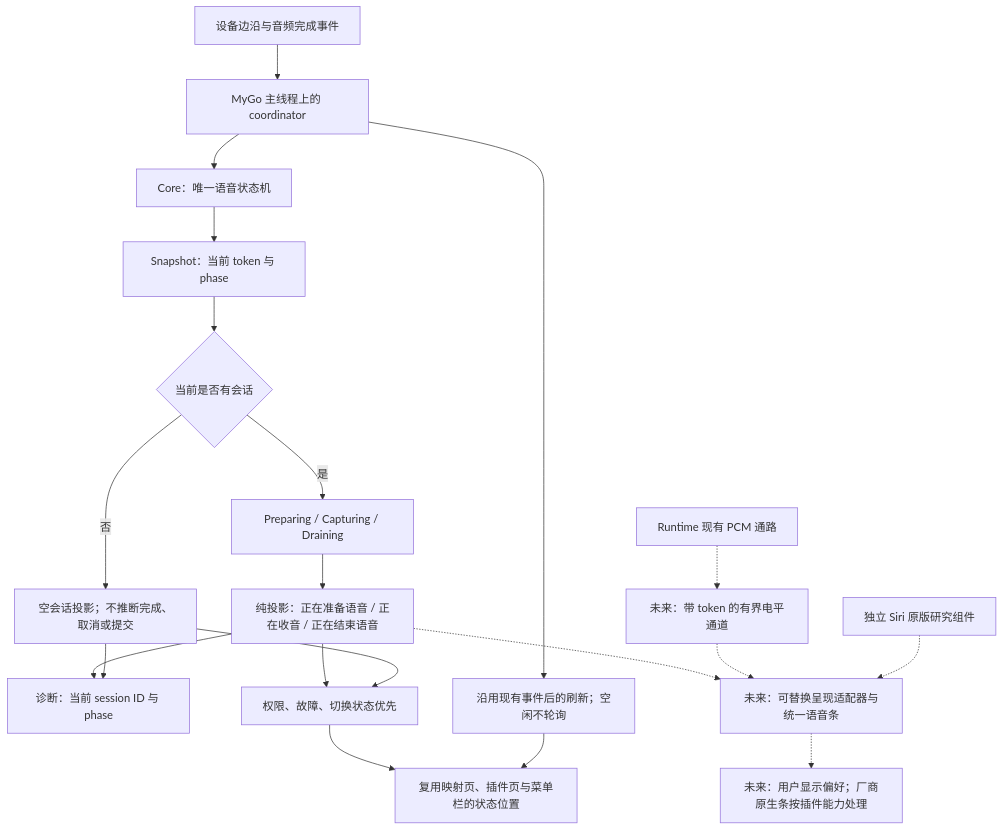
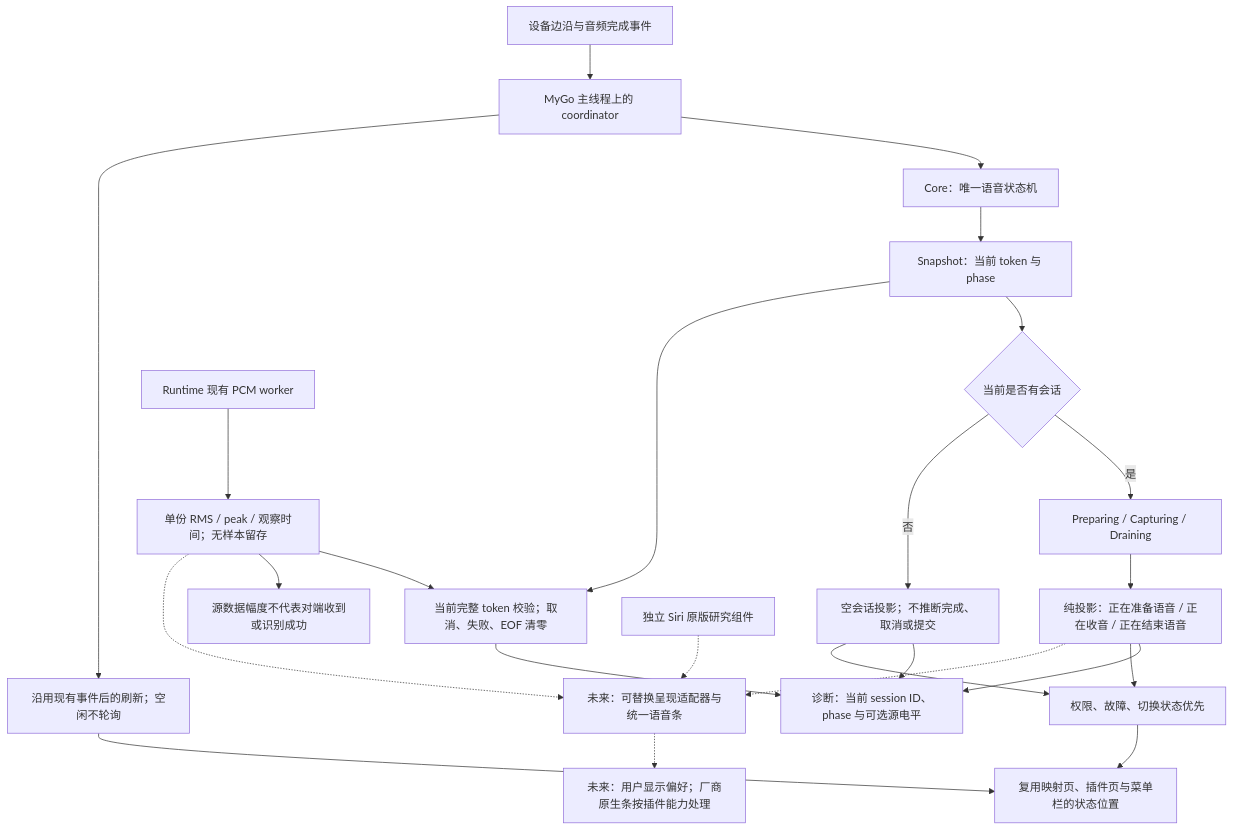
The diagram in tools/workbench/diagrams/voice-presentation-boundary.mmd (daftAI2026/MiMac), drawn with Mermaid before and after one commit. The commit also changed 7 other files, not shown here.

```diff
--- a/tools/workbench/diagrams/voice-presentation-boundary.mmd
+++ b/tools/workbench/diagrams/voice-presentation-boundary.mmd
@@ -1,20 +1,24 @@
 flowchart TD
     input["设备边沿与音频完成事件"] --> owner["MyGo 主线程上的 coordinator"]
     owner --> core["Core：唯一语音状态机"]
     core --> snapshot["Snapshot：当前 token 与 phase"]
     snapshot --> exists{"当前是否有会话"}
     exists -->|是| phases["Preparing / Capturing / Draining"]
     phases --> project["纯投影：正在准备语音 / 正在收音 / 正在结束语音"]
     exists -->|否| idle["空会话投影；不推断完成、取消或提交"]
-    project --> report["诊断：当前 session ID 与 phase"]
+    project --> report["诊断：当前 session ID、phase 与可选源电平"]
     idle --> report
     project --> priority["权限、故障、切换状态优先"]
     idle --> priority
     priority --> status["复用映射页、插件页与菜单栏的状态位置"]
     owner --> refresh["沿用现有事件后的刷新；空闲不轮询"]
     refresh --> status
     project -.-> renderer["未来：可替换呈现适配器与统一语音条"]
-    pcm["Runtime 现有 PCM 通路"] -.-> meter["未来：带 token 的有界电平通道"]
+    pcm["Runtime 现有 PCM worker"] --> meter["单份 RMS / peak / 观察时间；无样本留存"]
+    meter --> match["当前完整 token 校验；取消、失败、EOF 清零"]
+    snapshot --> match
+    match --> report
+    meter --> meaning["源数据幅度不代表对端收到或识别成功"]
     meter -.-> renderer
     siri["独立 Siri 原版研究组件"] -.-> renderer
     renderer -.-> settings["未来：用户显示偏好；厂商原生条按插件能力处理"]
```
